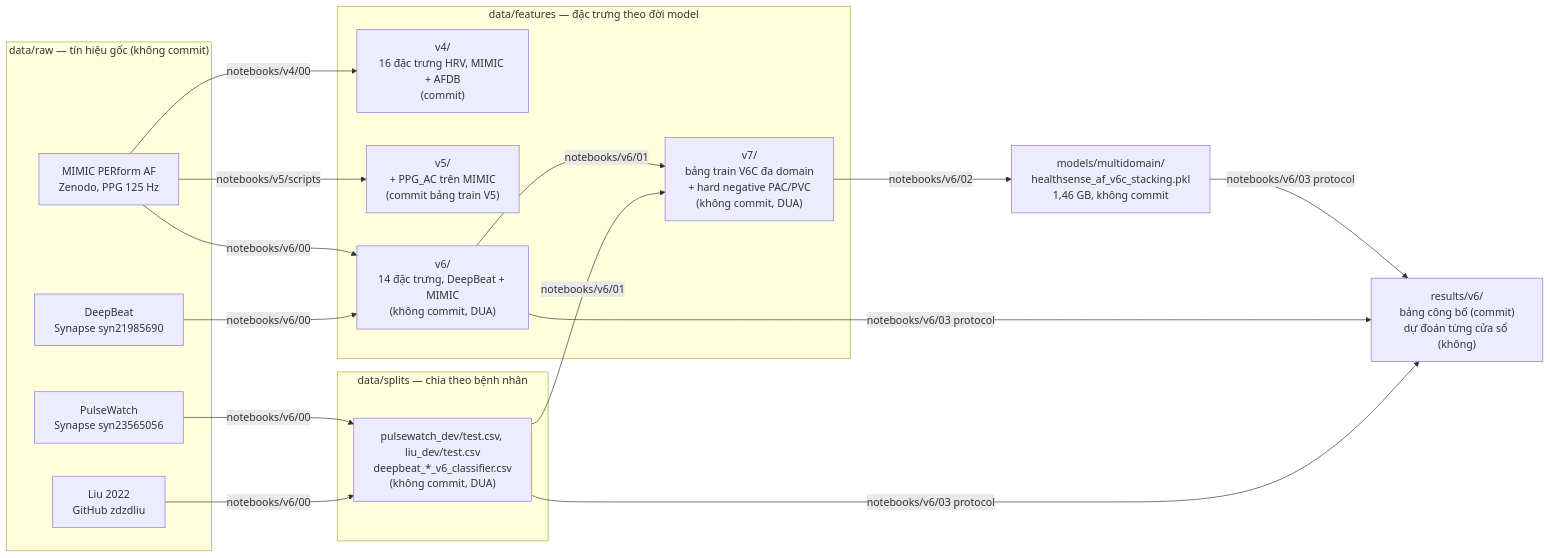
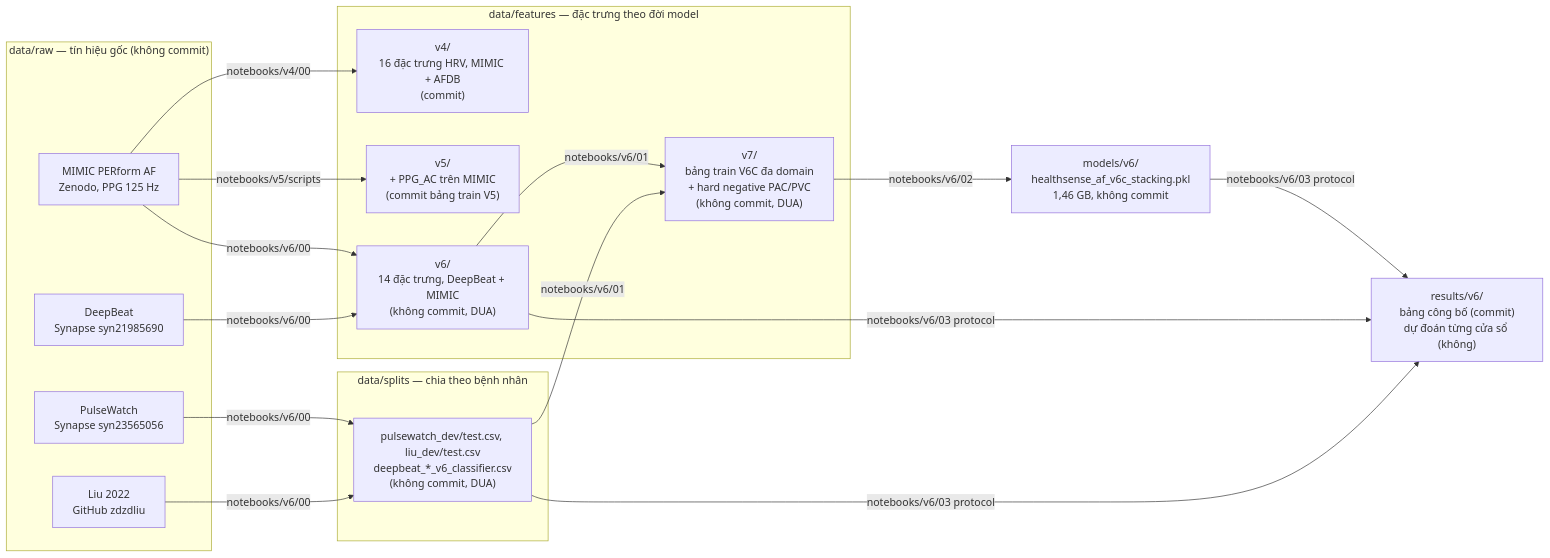
The diagram in data/README.md (HealthSense-IUH/HealthSense-MachineLearning-Lab), drawn with Mermaid before and after one commit. The commit also changed 46 other files, not shown here.

First line of the commit message:
models/ theo phiên bản: v4/ (V4 triển khai), v5/ (<- mimic/), v6/ (<- multidomain/)

````diff
--- a/data/README.md
+++ b/data/README.md
@@ -7,28 +7,28 @@
 ```mermaid
 flowchart LR
     subgraph RAW["data/raw — tín hiệu gốc (không commit)"]
         MIMIC["MIMIC PERform AF<br/>Zenodo, PPG 125 Hz"]
         DB["DeepBeat<br/>Synapse syn21985690"]
         PW["PulseWatch<br/>Synapse syn23565056"]
         LIU["Liu 2022<br/>GitHub zdzdliu"]
     end
 
     subgraph FEAT["data/features — đặc trưng theo đời model"]
         V4["v4/<br/>16 đặc trưng HRV, MIMIC + AFDB<br/>(commit)"]
         V5["v5/<br/>+ PPG_AC trên MIMIC<br/>(commit bảng train V5)"]
         V6["v6/<br/>14 đặc trưng, DeepBeat + MIMIC<br/>(không commit, DUA)"]
         V7["v7/<br/>bảng train V6C đa domain<br/>+ hard negative PAC/PVC<br/>(không commit, DUA)"]
     end
 
     subgraph SPLIT["data/splits — chia theo bệnh nhân"]
         SP["pulsewatch_dev/test.csv, liu_dev/test.csv<br/>deepbeat_*_v6_classifier.csv<br/>(không commit, DUA)"]
     end
 
     MIMIC -->|notebooks/v4/00| V4
     MIMIC -->|notebooks/v5/scripts| V5
     MIMIC & DB -->|notebooks/v6/00| V6
     PW & LIU -->|notebooks/v6/00| SP
     V6 & SP -->|notebooks/v6/01| V7
-    V7 -->|notebooks/v6/02| MODEL["models/multidomain/<br/>healthsense_af_v6c_stacking.pkl<br/>1,46 GB, không commit"]
+    V7 -->|notebooks/v6/02| MODEL["models/v6/<br/>healthsense_af_v6c_stacking.pkl<br/>1,46 GB, không commit"]
     MODEL & V6 & SP -->|notebooks/v6/03 protocol| RES["results/v6/<br/>bảng công bố (commit)<br/>dự đoán từng cửa sổ (không)"]
 ```
````
